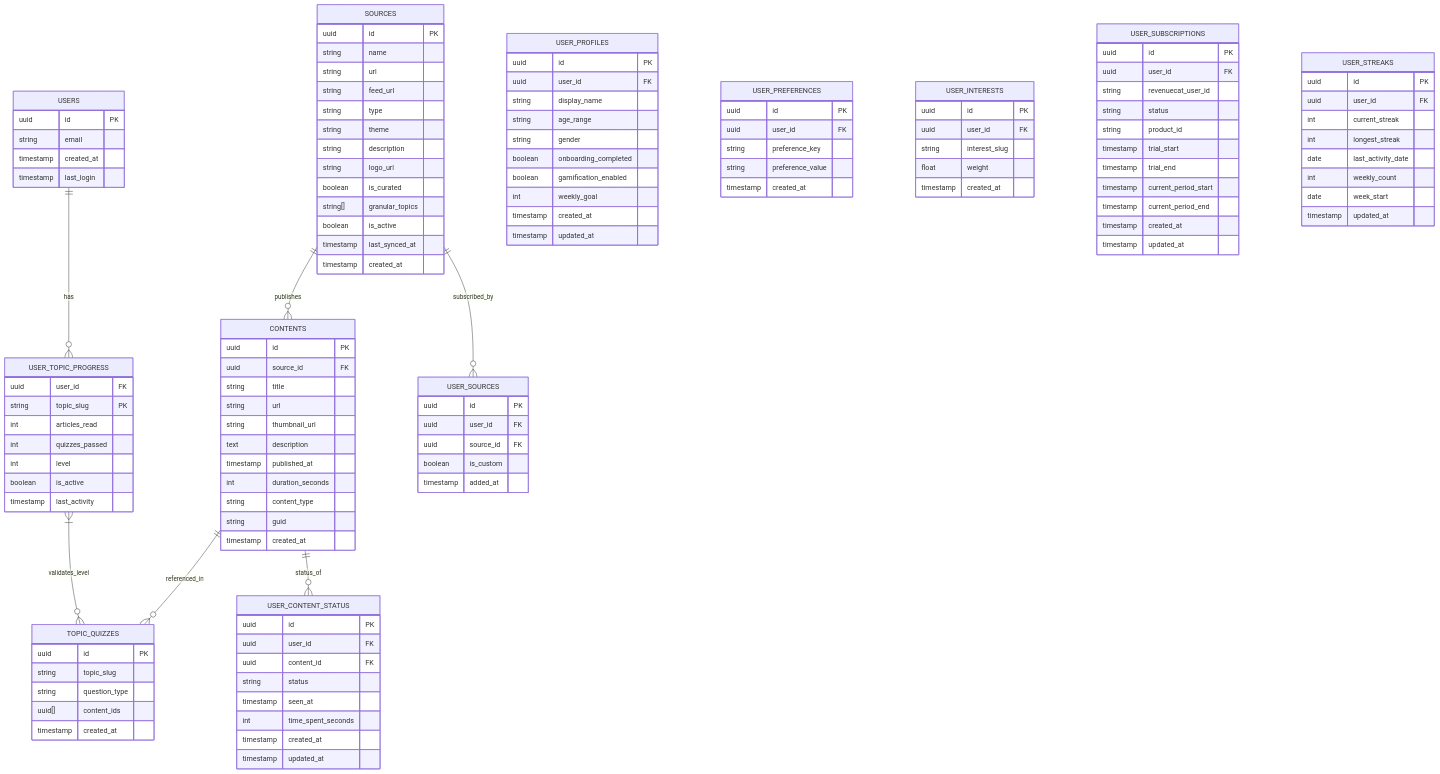
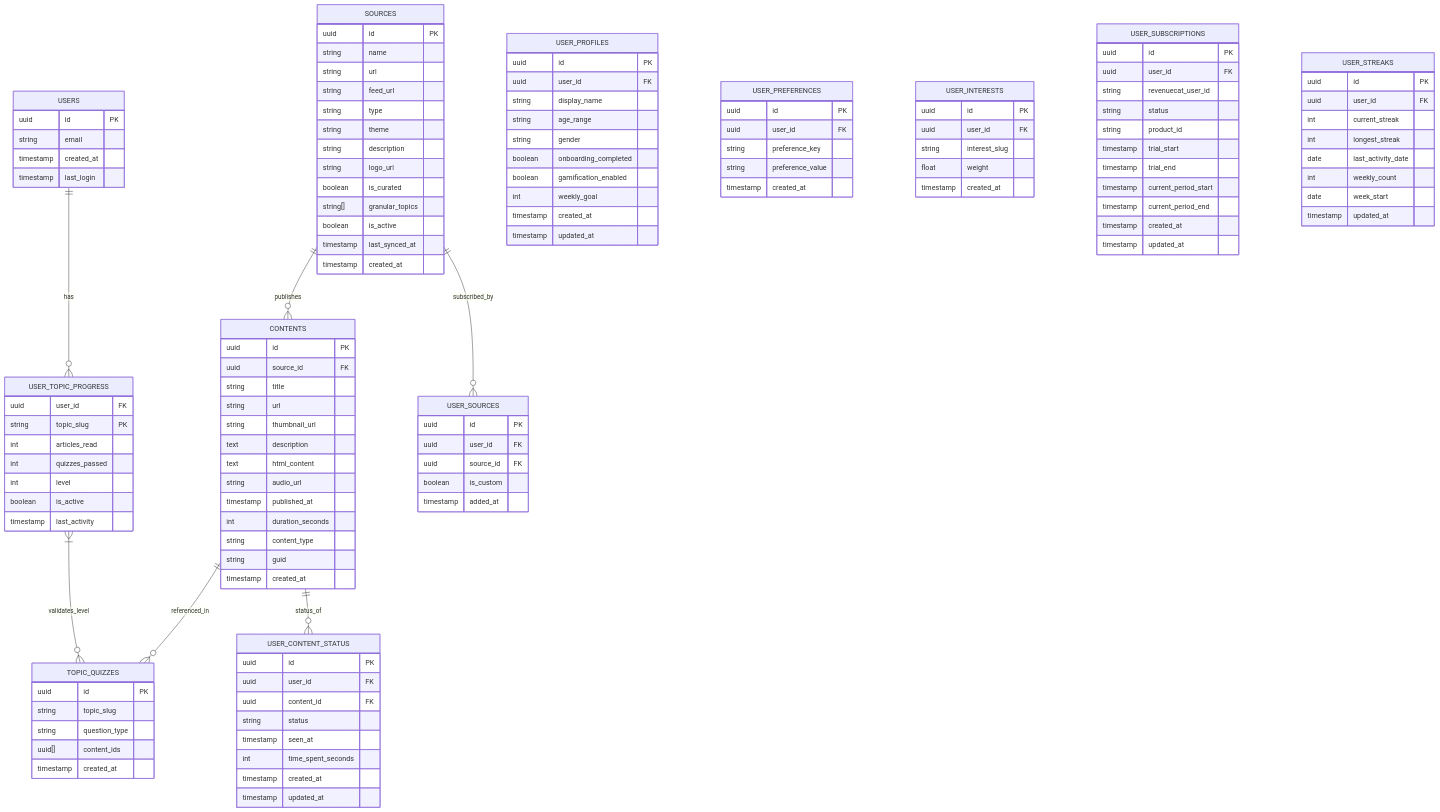
The second of 7 diagrams in docs/architecture.md (boujonlaurin-dotcom/facteur), drawn with Mermaid before and after one commit. The commit also changed other lines of this file and 26 other files, not shown here.

```diff
--- a/docs/architecture.md
+++ b/docs/architecture.md
@@ -252,6 +260,8 @@
         string url
         string thumbnail_url
         text description
+        text html_content
+        string audio_url
         timestamp published_at
         int duration_seconds
         string content_type
```
